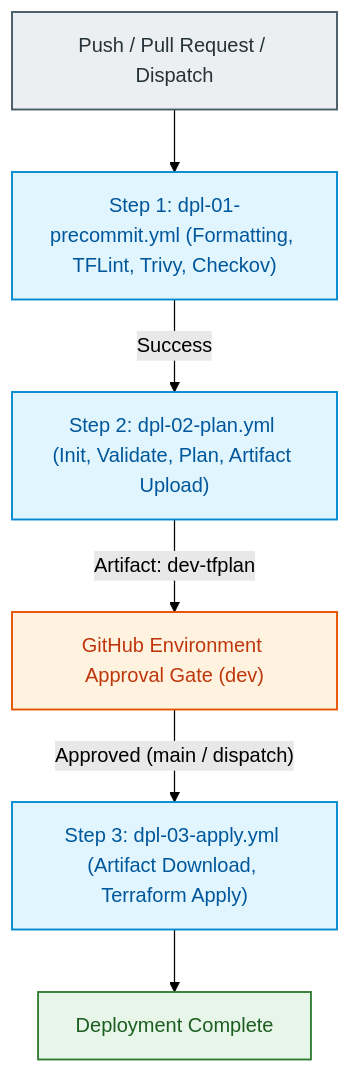
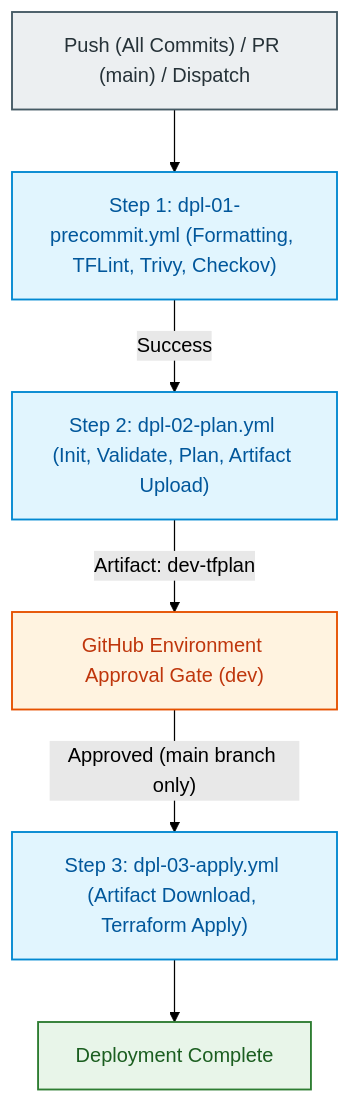
The first of 2 diagrams in .github/workflows/README.md (MikolajSedek/databricks_aws_deployment_01_vpc_networking), drawn with Mermaid (forest theme) before and after one commit. The commit also changed other lines of this file and 7 other files, not shown here.

````diff
--- a/.github/workflows/README.md
+++ b/.github/workflows/README.md
@@ -28,20 +28,20 @@
 ```mermaid
 flowchart TD
     classDef trigger fill:#ECEFF1,stroke:#455A64,stroke-width:1.5px,color:#263238;
     classDef stage fill:#E1F5FE,stroke:#0288D1,stroke-width:1.5px,color:#01579B;
     classDef gate fill:#FFF3E0,stroke:#E65100,stroke-width:1.5px,color:#BF360C;
     classDef finish fill:#E8F5E9,stroke:#2E7D32,stroke-width:1.5px,color:#1B5E20;
 
-    Trigger["Push / Pull Request / Dispatch"]:::trigger
+    Trigger["Push (All Commits) / PR (main) / Dispatch"]:::trigger
     Stage1["Step 1: dpl-01-precommit.yml (Formatting, TFLint, Trivy, Checkov)"]:::stage
     Stage2["Step 2: dpl-02-plan.yml (Init, Validate, Plan, Artifact Upload)"]:::stage
     Gate["GitHub Environment Approval Gate (dev)"]:::gate
     Stage3["Step 3: dpl-03-apply.yml (Artifact Download, Terraform Apply)"]:::stage
     Done["Deployment Complete"]:::finish
 
     Trigger --> Stage1
     Stage1 -->|"Success"| Stage2
     Stage2 -->|"Artifact: dev-tfplan"| Gate
-    Gate -->|"Approved (main / dispatch)"| Stage3
+    Gate -->|"Approved (main branch only)"| Stage3
     Stage3 --> Done
 ```
````
